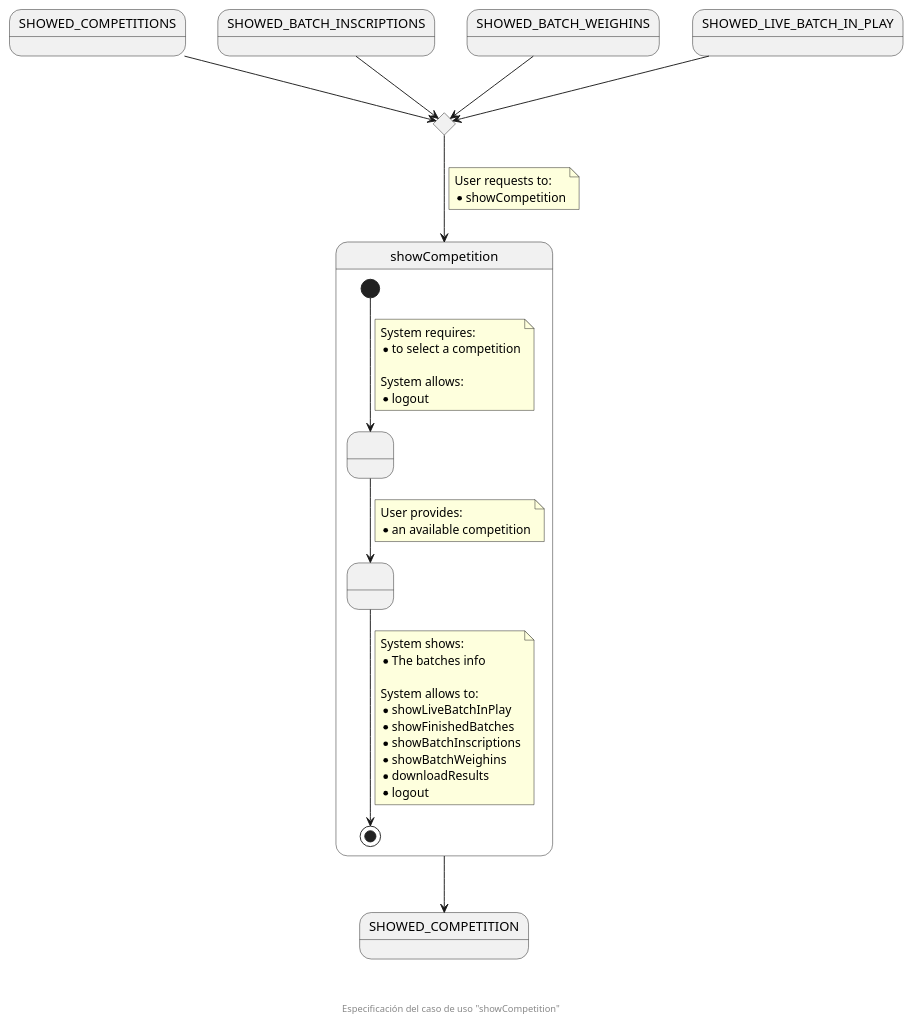
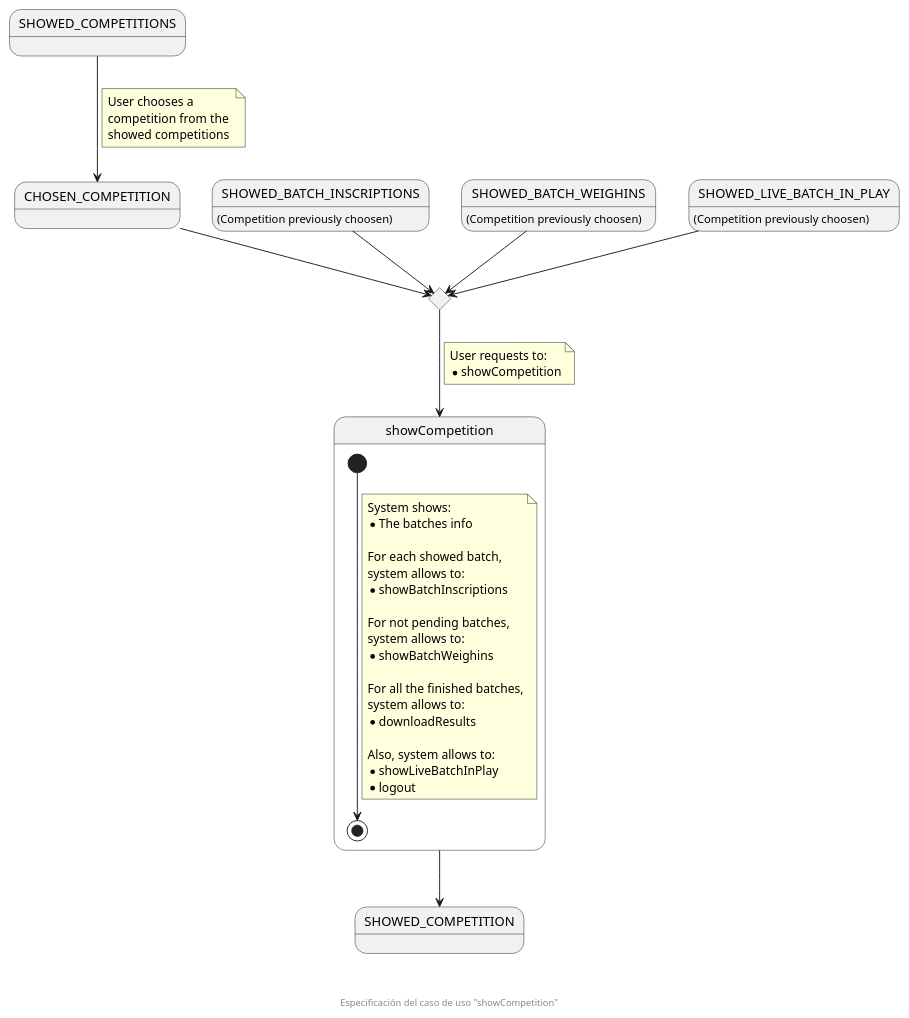
Before and after one commit to zuldare/mastercloud_pfm_halterocms: the diagram in documentation/diagrams/useCasesSpecification/spectator/2_showCompetition.puml, drawn with PlantUML.

Commit message:
Fix showCompetition use case specification

```diff
--- a/documentation/diagrams/useCasesSpecification/spectator/2_showCompetition.puml
+++ b/documentation/diagrams/useCasesSpecification/spectator/2_showCompetition.puml
@@ -1,56 +1,56 @@
 @startuml
 state SHOWED_COMPETITIONS
-state SHOWED_BATCH_INSCRIPTIONS
-state SHOWED_BATCH_WEIGHINS
-state SHOWED_LIVE_BATCH_IN_PLAY
+state CHOSEN_COMPETITION
+state SHOWED_BATCH_INSCRIPTIONS : (Competition previously choosen)
+state SHOWED_BATCH_WEIGHINS : (Competition previously choosen)
+state SHOWED_LIVE_BATCH_IN_PLAY : (Competition previously choosen)
 
-state enterCompetition <<choice>>
+state chooseCompetition <<choice>>
 
+SHOWED_COMPETITIONS  --> CHOSEN_COMPETITION
+note on link
+  User chooses a 
+  competition from the 
+  showed competitions
+end note
 
-SHOWED_COMPETITIONS  --> enterCompetition
-SHOWED_BATCH_INSCRIPTIONS  --> enterCompetition
-SHOWED_BATCH_WEIGHINS  --> enterCompetition
-SHOWED_LIVE_BATCH_IN_PLAY  --> enterCompetition
+CHOSEN_COMPETITION --> chooseCompetition
+SHOWED_BATCH_INSCRIPTIONS  --> chooseCompetition
+SHOWED_BATCH_WEIGHINS  --> chooseCompetition
+SHOWED_LIVE_BATCH_IN_PLAY  --> chooseCompetition
 
-enterCompetition --> showCompetition
+chooseCompetition --> showCompetition
 note on link
   User requests to:
   * showCompetition
 end note
 
 state showCompetition {
-  state " " as availableCompetitions
-  state " " as providedCompetition
-  [*] --> availableCompetitions
-  note on link
-    System requires:
-    * to select a competition
-
-    System allows:
-    * logout
-  end note
-  availableCompetitions --> providedCompetition
-  note on link
-    User provides:
-    * an available competition
-  end note
-  providedCompetition --> [*]
+  [*] --> [*]
   note on link
     System shows:
     * The batches info
 
-    System allows to:
+    For each showed batch, 
+    system allows to:
+    * showBatchInscriptions
+
+    For not pending batches,
+    system allows to:
+    * showBatchWeighins
+
+    For all the finished batches,
+    system allows to:
+    * downloadResults
+
+    Also, system allows to:
     * showLiveBatchInPlay
-    * showFinishedBatches
-    * showBatchInscriptions
-    * showBatchWeighins
-    * downloadResults
     * logout
   end note
 }
 state SHOWED_COMPETITION
 
 showCompetition --> SHOWED_COMPETITION
 
 footer \n\n\n Especificación del caso de uso "showCompetition"
 @enduml
```
